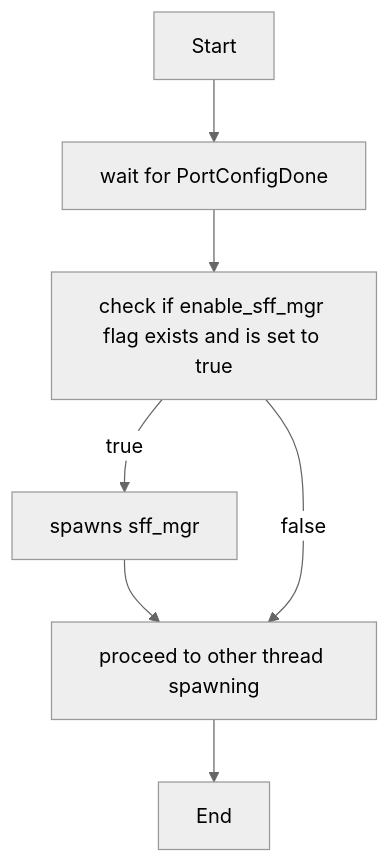
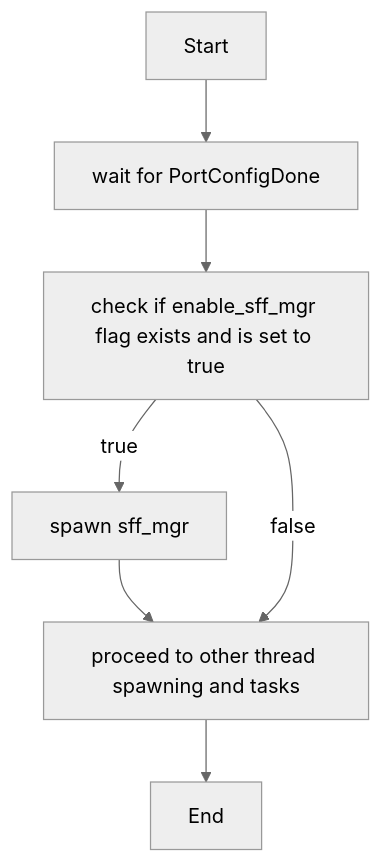
Before and after one commit to sonic-net/SONiC: the first of 2 diagrams in doc/sfp-cmis/Interface-Link-bring-up-sequence.md, drawn with Mermaid (neutral theme).

Commit message:
Update chart

````diff
--- a/doc/sfp-cmis/Interface-Link-bring-up-sequence.md
+++ b/doc/sfp-cmis/Interface-Link-bring-up-sequence.md
@@ -195,14 +195,14 @@
 ```mermaid
 graph TD;
 A[wait for PortConfigDone]
 B[check if enable_sff_mgr flag exists and is set to true]
-C[spawns sff_mgr]
-D[proceed to other thread spawning]
+C[spawn sff_mgr]
+D[proceed to other thread spawning and tasks]
 
 Start --> A
 A --> B
 B -- true --> C
 C --> D
 B -- false --> D
 D --> End
 ```
````
